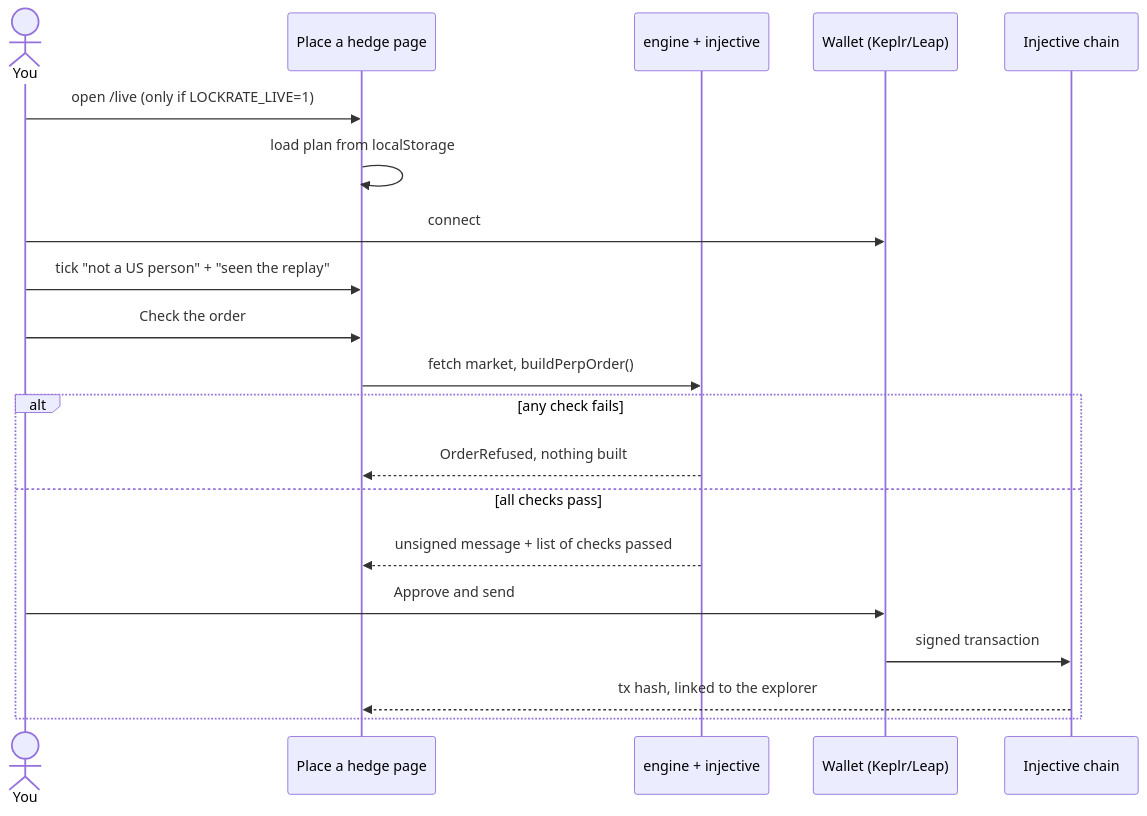
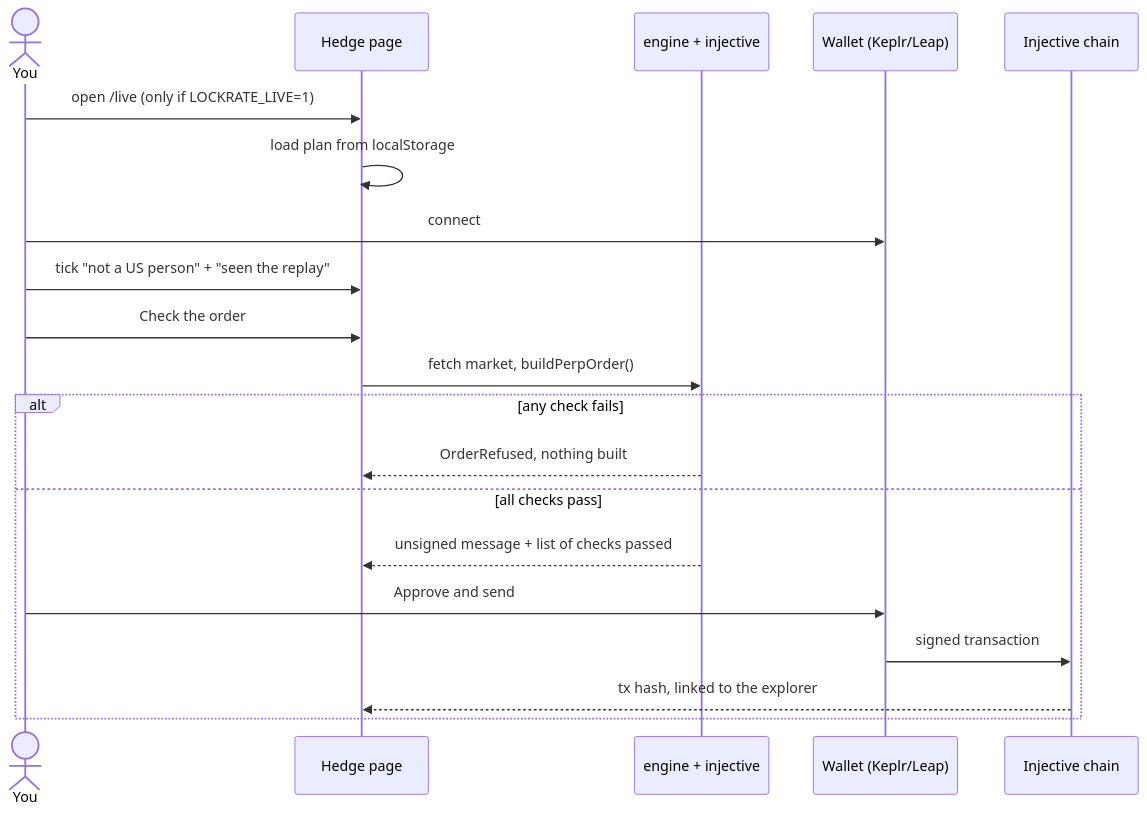
The fourth of 4 diagrams in docs/architecture.md (Sakibimam/LockRate), drawn with Mermaid before and after one commit. The commit also changed other lines of this file and 41 other files, not shown here.

````diff
--- a/docs/architecture.md
+++ b/docs/architecture.md
@@ -126,23 +126,23 @@
 ```mermaid
 sequenceDiagram
     actor U as You
-    participant P as Place a hedge page
+    participant P as Hedge page
     participant E as engine + injective
     participant W as Wallet (Keplr/Leap)
     participant C as Injective chain
 
     U->>P: open /live (only if LOCKRATE_LIVE=1)
     P->>P: load plan from localStorage
     U->>W: connect
     U->>P: tick "not a US person" + "seen the replay"
     U->>P: Check the order
     P->>E: fetch market, buildPerpOrder()
     alt any check fails
         E-->>P: OrderRefused, nothing built
     else all checks pass
         E-->>P: unsigned message + list of checks passed
         U->>W: Approve and send
         W->>C: signed transaction
         C-->>P: tx hash, linked to the explorer
     end
 ```
````
